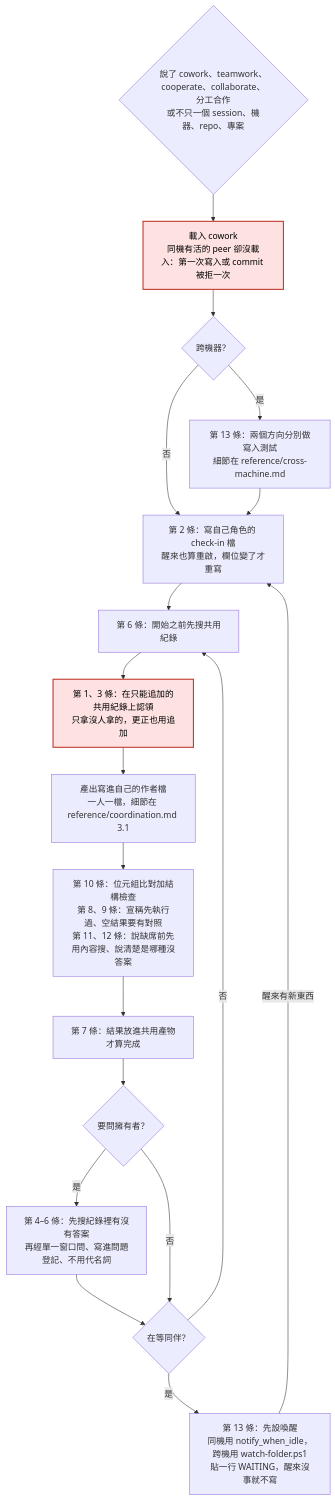
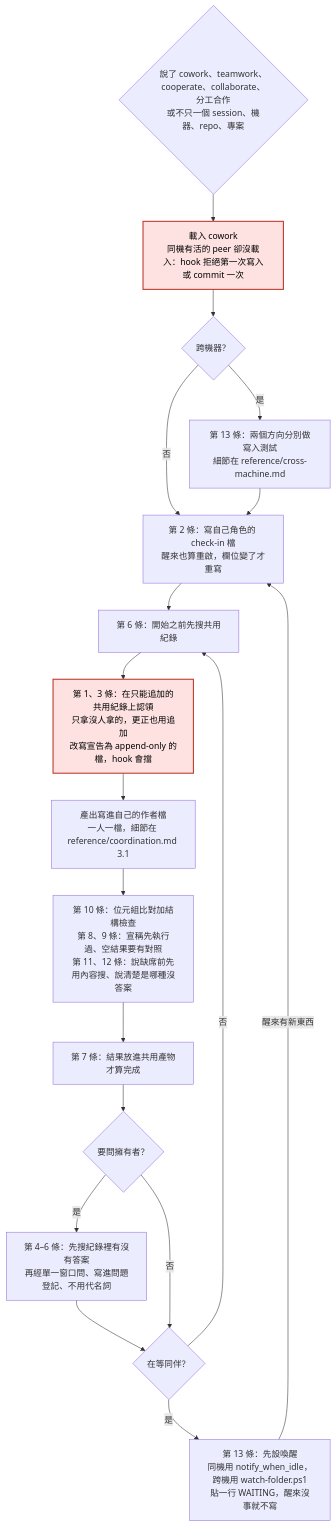
One commit to Dino9021/dispatch-guard changed the third of 6 diagrams in README.md. Above: the diagram before and after it, drawn with Mermaid. The commit also changed other lines of this file and 2 other files, not shown here.

````diff
--- a/README.md
+++ b/README.md
@@ -758,22 +758,22 @@
 ```mermaid
 flowchart TD
-  trigger{"說了 cowork、teamwork、cooperate、collaborate、分工合作<br/>或不只一個 session、機器、repo、專案"} --> loadCowork["載入 cowork<br/>同機有活的 peer 卻沒載入：第一次寫入或 commit 被拒一次"]
+  trigger{"說了 cowork、teamwork、cooperate、collaborate、分工合作<br/>或不只一個 session、機器、repo、專案"} --> loadCowork["載入 cowork<br/>同機有活的 peer 卻沒載入：hook 拒絕第一次寫入或 commit 一次"]
   loadCowork --> crossMachine{"跨機器？"}
   crossMachine -->|"是"| writeTest["第 13 條：兩個方向分別做寫入測試<br/>細節在 reference/cross-machine.md"]
   crossMachine -->|"否"| checkIn
   writeTest --> checkIn["第 2 條：寫自己角色的 check-in 檔<br/>醒來也算重啟，欄位變了才重寫"]
   checkIn --> searchFirst["第 6 條：開始之前先搜共用紀錄"]
-  searchFirst --> claim["第 1、3 條：在只能追加的共用紀錄上認領<br/>只拿沒人拿的，更正也用追加"]
+  searchFirst --> claim["第 1、3 條：在只能追加的共用紀錄上認領<br/>只拿沒人拿的，更正也用追加<br/>改寫宣告為 append-only 的檔，hook 會擋"]
   claim --> authorFile["產出寫進自己的作者檔<br/>一人一檔，細節在 reference/coordination.md 3.1"]
   authorFile --> verifyWrite["第 10 條：位元組比對加結構檢查<br/>第 8、9 條：宣稱先執行過、空結果要有對照<br/>第 11、12 條：說缺席前先用內容搜、說清楚是哪種沒答案"]
   verifyWrite --> landResult["第 7 條：結果放進共用產物才算完成"]
   landResult --> askOwner{"要問擁有者？"}
   askOwner -->|"是"| funnel["第 4–6 條：先搜紀錄裡有沒有答案<br/>再經單一窗口問、寫進問題登記、不用代名詞"]
   funnel --> waitPeer
   askOwner -->|"否"| waitPeer{"在等同伴？"}
   waitPeer -->|"是"| armWake["第 13 條：先設喚醒<br/>同機用 notify_when_idle，跨機用 watch-folder.ps1<br/>貼一行 WAITING，醒來沒事就不寫"]
   armWake -->|"醒來有新東西"| checkIn
   waitPeer -->|"否"| searchFirst
   class loadCowork,claim gate
   classDef gate fill:#fde2e1,stroke:#c0392b,stroke-width:2px,color:#000
 ```
````
